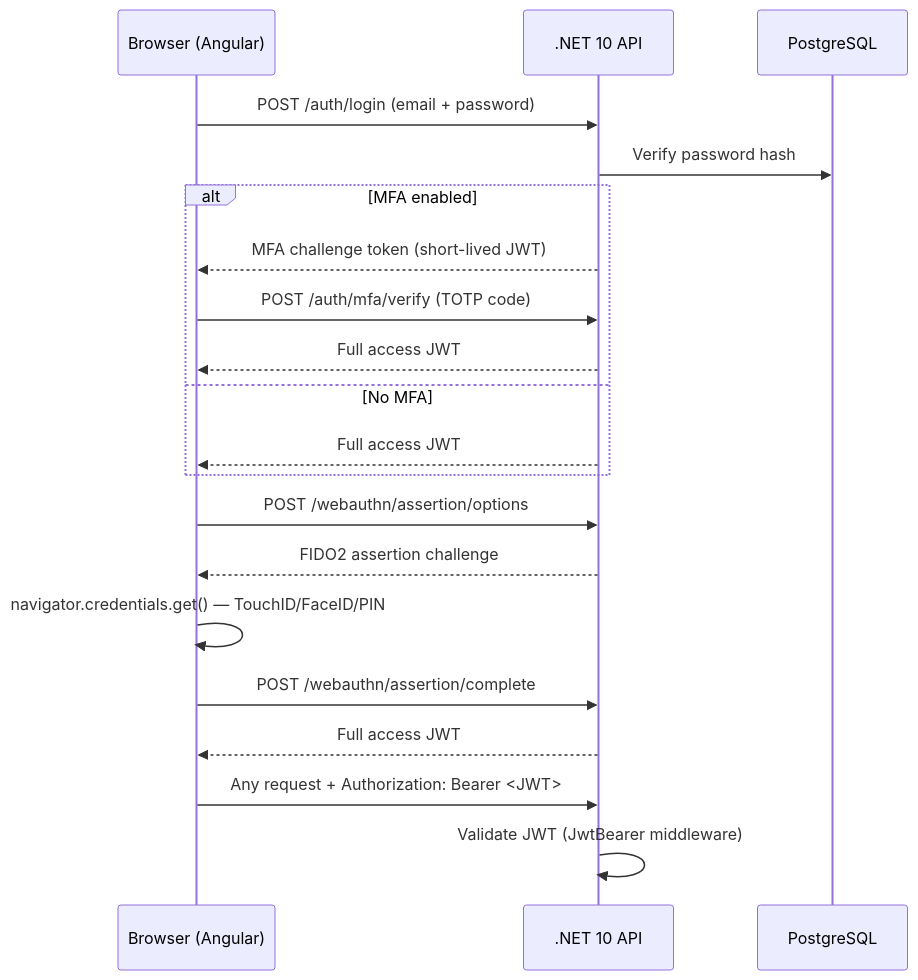
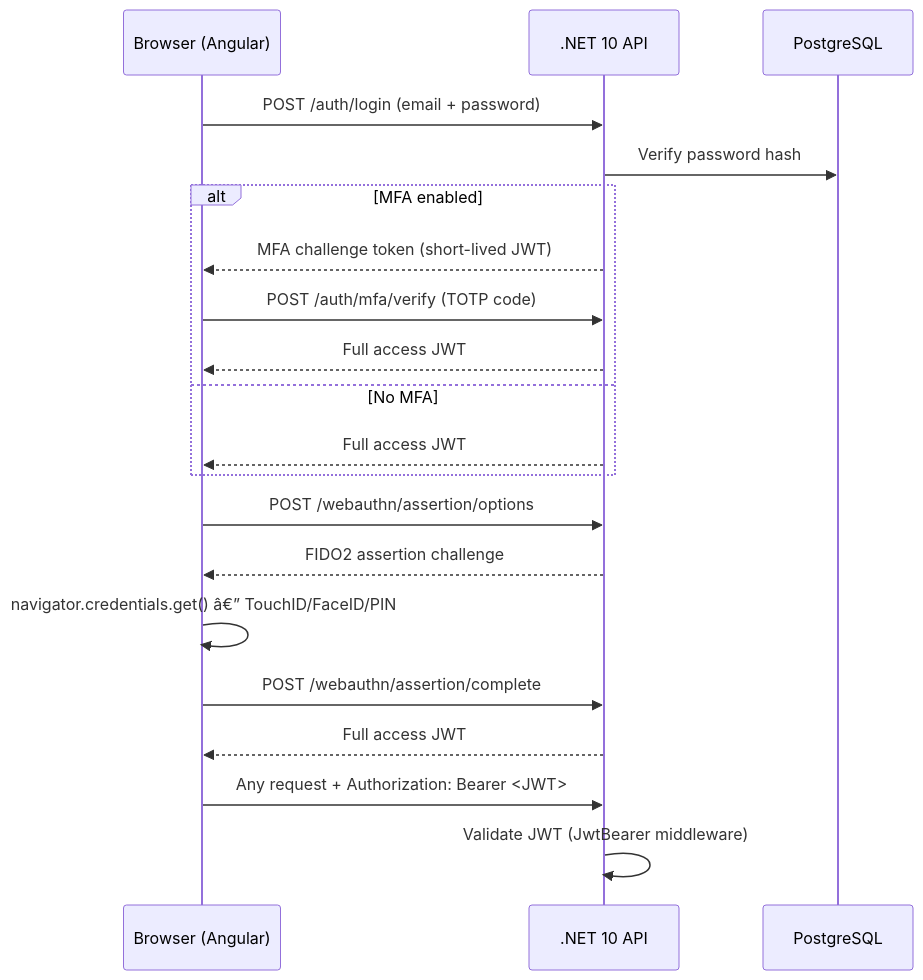
Before and after one commit to CarolineChirenje/blueprint1989: the second of 4 diagrams in docs/technical documents/Architecture.md, drawn with Mermaid. The commit also changed other lines of this file and 17 other files, not shown here.

````diff
--- a/docs/technical documents/Architecture.md
+++ b/docs/technical documents/Architecture.md
@@ -202,28 +202,28 @@
 ```mermaid
 sequenceDiagram
     participant B as Browser (Angular)
     participant API as .NET 10 API
     participant DB as PostgreSQL
 
     %% Standard login
     B->>API: POST /auth/login (email + password)
     API->>DB: Verify password hash
     alt MFA enabled
         API-->>B: MFA challenge token (short-lived JWT)
         B->>API: POST /auth/mfa/verify (TOTP code)
         API-->>B: Full access JWT
     else No MFA
         API-->>B: Full access JWT
     end
 
     %% Biometric login
     B->>API: POST /webauthn/assertion/options
     API-->>B: FIDO2 assertion challenge
-    B->>B: navigator.credentials.get() — TouchID/FaceID/PIN
+    B->>B: navigator.credentials.get() â€” TouchID/FaceID/PIN
     B->>API: POST /webauthn/assertion/complete
     API-->>B: Full access JWT
 
     %% All subsequent calls
     B->>API: Any request + Authorization: Bearer <JWT>
     API->>API: Validate JWT (JwtBearer middleware)
 ```
````
